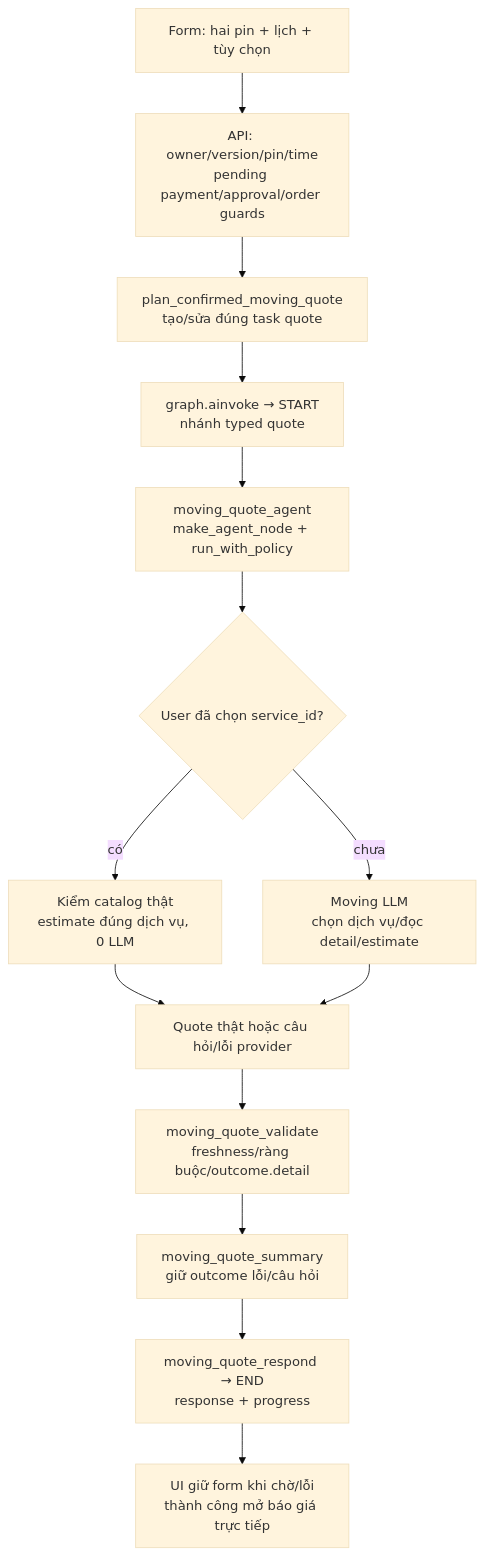
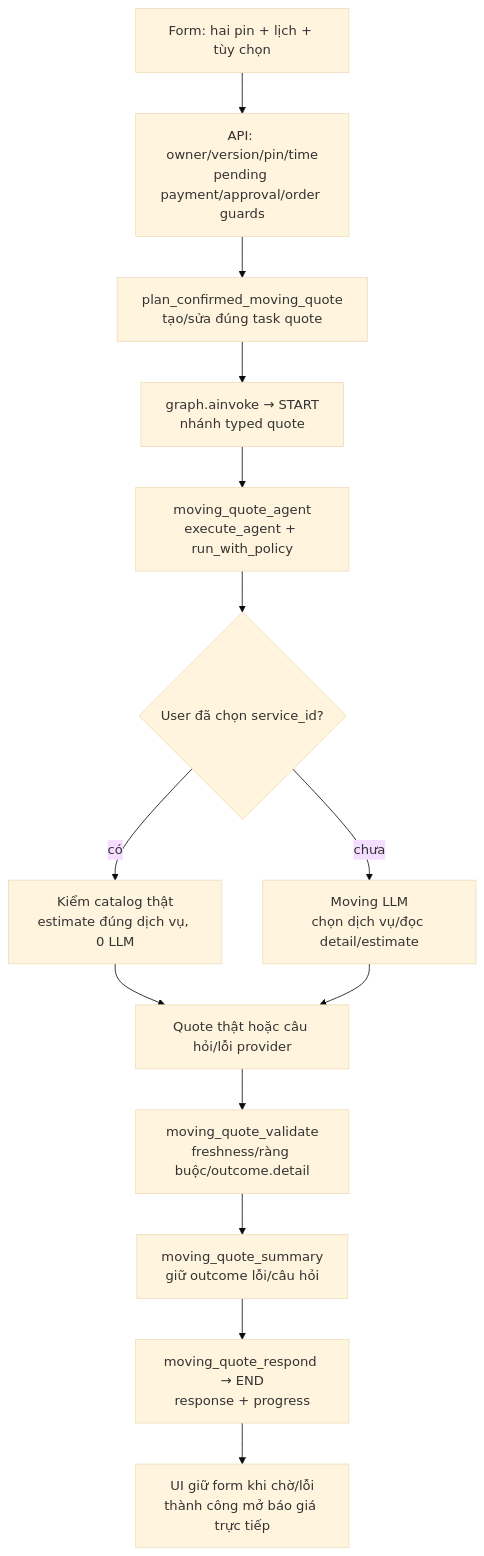
One commit to the-liems/relohome changed the fourth of 4 diagrams in docs/architecture/mvp-architecture.md. Above: the diagram before and after it, drawn with Mermaid (base theme). The commit also changed other lines of this file and 11 other files, not shown here.

Commit message:
refactor(agent): inject quote dependencies through LangGraph runtime context

````diff
--- a/docs/architecture/mvp-architecture.md
+++ b/docs/architecture/mvp-architecture.md
@@ -370,16 +370,16 @@
 ```mermaid
 flowchart TD
   FORM["Form: hai pin + lịch + tùy chọn"] --> GUARD["API: owner/version/pin/time<br/>pending payment/approval/order guards"]
   GUARD --> TASK["plan_confirmed_moving_quote<br/>tạo/sửa đúng task quote"]
   TASK --> ENTRY["graph.ainvoke → START<br/>nhánh typed quote"]
-  ENTRY --> POLICY["moving_quote_agent<br/>make_agent_node + run_with_policy"]
+  ENTRY --> POLICY["moving_quote_agent<br/>execute_agent + run_with_policy"]
   POLICY --> CHOICE{"User đã chọn service_id?"}
   CHOICE -->|"có"| EXACT["Kiểm catalog thật<br/>estimate đúng dịch vụ, 0 LLM"]
   CHOICE -->|"chưa"| AUTO["Moving LLM<br/>chọn dịch vụ/đọc detail/estimate"]
   EXACT --> RESULT["Quote thật hoặc câu hỏi/lỗi provider"]
   AUTO --> RESULT
   RESULT --> VALIDATE["moving_quote_validate<br/>freshness/ràng buộc/outcome.detail"]
   VALIDATE --> SUMMARY["moving_quote_summary<br/>giữ outcome lỗi/câu hỏi"]
   SUMMARY --> STATE["moving_quote_respond → END<br/>response + progress"]
   STATE --> VIEW["UI giữ form khi chờ/lỗi<br/>thành công mở báo giá trực tiếp"]
 ```
````
